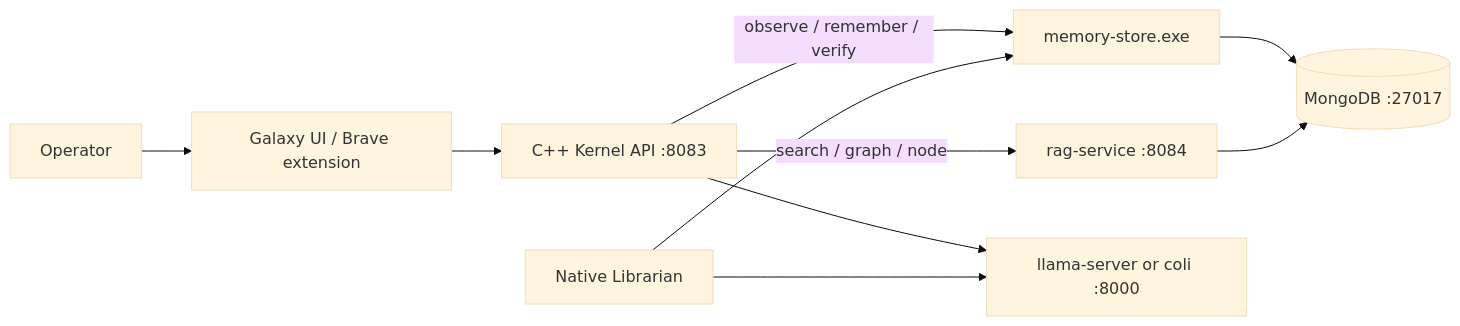
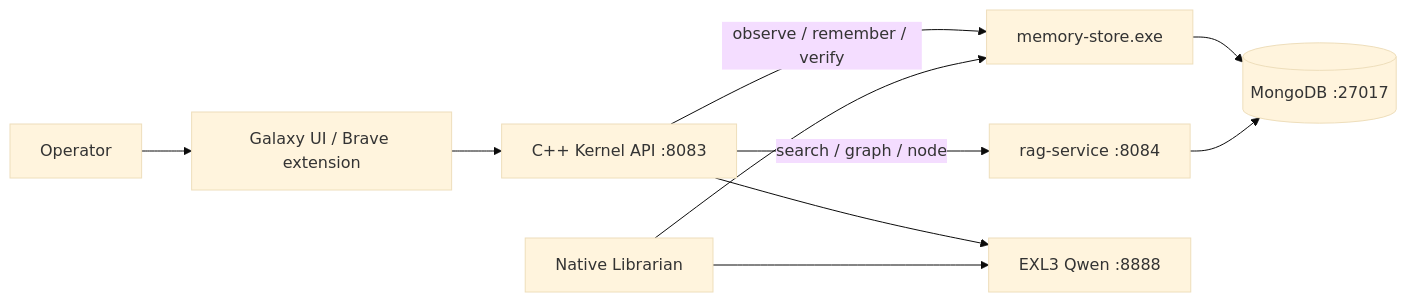
Before and after one commit to usrname1git/GodBrain: the diagram in ARCHITECTURE.md, drawn with Mermaid (base theme). The commit also changed other lines of this file and 15 other files, not shown here.

First line of the commit message:
Point Galaxy chat at EXL3 Qwen and ship the desk panel and lyrics loop.

````diff
--- a/ARCHITECTURE.md
+++ b/ARCHITECTURE.md
@@ -47,21 +50,21 @@
 ```mermaid
 flowchart LR
     Operator[Operator]
     UI[Galaxy UI / Brave extension]
     Kernel[C++ Kernel API :8083]
     Mongo[(MongoDB :27017)]
     Librarian[Native Librarian]
     Memory[memory-store.exe]
     RAG[rag-service :8084]
-    Mouth[llama-server or coli :8000]
+    Mouth[EXL3 Qwen :8888]
 
     Operator --> UI
     UI --> Kernel
     Kernel -->|search / graph / node| RAG
     Kernel -->|observe / remember / verify| Memory
     Kernel --> Mouth
     Librarian --> Mouth
     Librarian --> Memory
     Memory --> Mongo
     RAG --> Mongo
 ```
````
